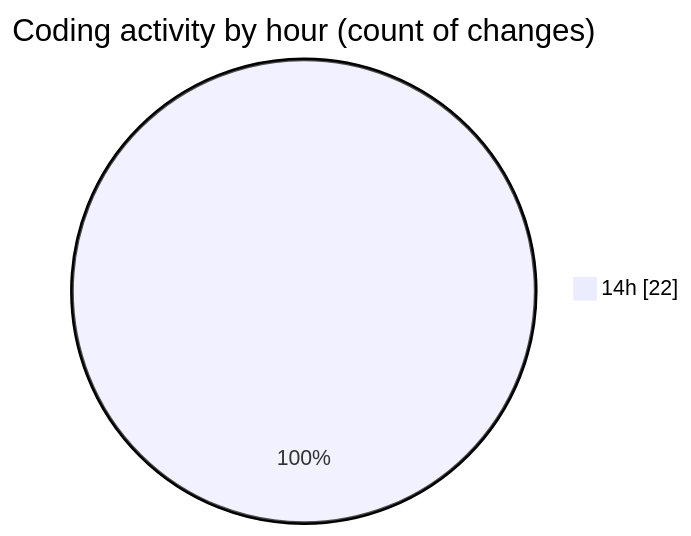
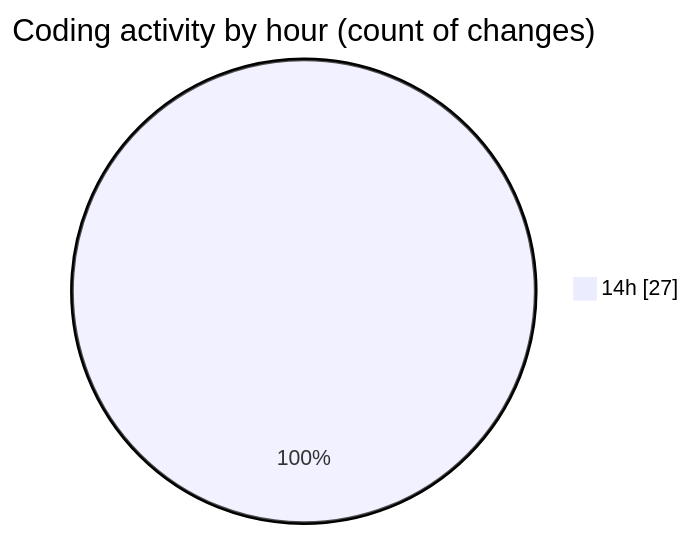
The second of 2 diagrams in 2025-06-05/ecodeli-1/README.md (CELIANVF/code-tracking), drawn with Mermaid before and after one commit. The commit also changed other lines of this file and 1 other file, not shown here.

````diff
--- a/2025-06-05/ecodeli-1/README.md
+++ b/2025-06-05/ecodeli-1/README.md
@@ -40,5 +40,5 @@
 ```mermaid
 pie showData
 title Coding activity by hour (count of changes)
-"14h" : 22
+"14h" : 27
 ```
````
